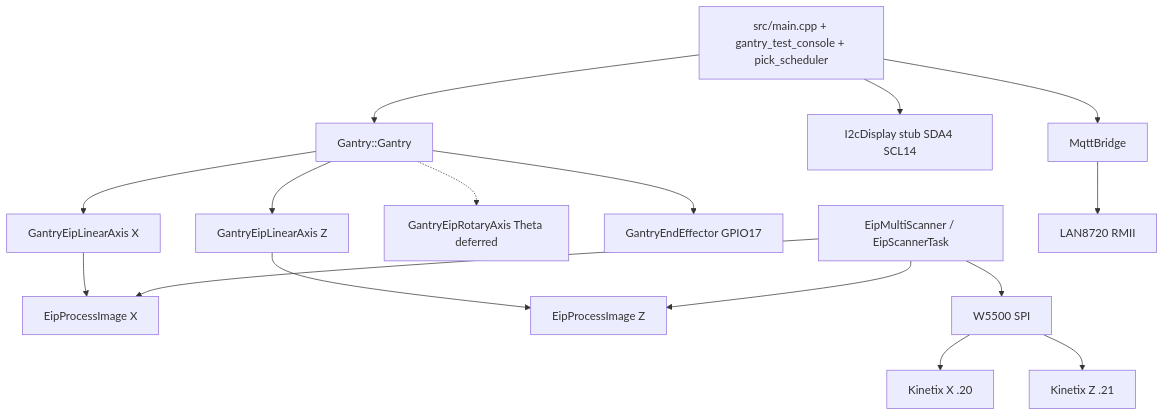
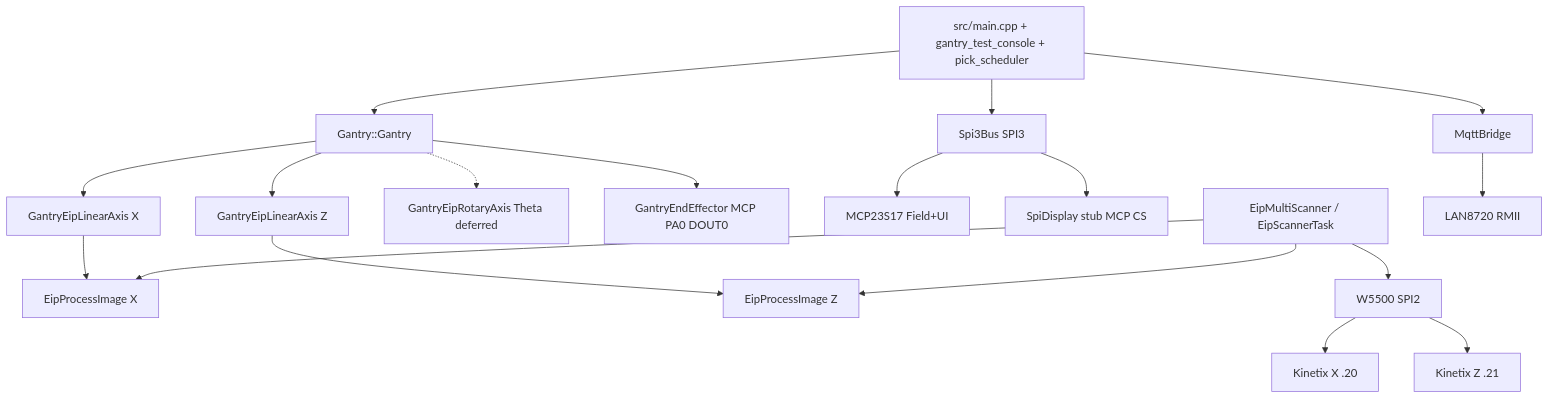
One commit to Mynderse-Research-Lab/wt32-eth01-FreeRTOS changed the first of 2 diagrams in docs/LOW_LEVEL_GANTRY_CONTROL.md. Above: the diagram before and after it, drawn with Mermaid. The commit also changed other lines of this file and 12 other files, not shown here.

````diff
--- a/docs/LOW_LEVEL_GANTRY_CONTROL.md
+++ b/docs/LOW_LEVEL_GANTRY_CONTROL.md
@@ -20,34 +21,38 @@
 ```mermaid
 flowchart TD
   App["src/main.cpp + gantry_test_console + pick_scheduler"]
   G["Gantry::Gantry"]
   X["GantryEipLinearAxis X"]
   Z["GantryEipLinearAxis Z"]
   T["GantryEipRotaryAxis Theta deferred"]
-  EE["GantryEndEffector GPIO17"]
-  Disp["I2cDisplay stub SDA4 SCL14"]
+  EE["GantryEndEffector MCP PA0 DOUT0"]
+  Spi3["Spi3Bus SPI3"]
+  Mcp["MCP23S17 Field+UI"]
+  Disp["SpiDisplay stub MCP CS"]
   ImgX["EipProcessImage X"]
   ImgZ["EipProcessImage Z"]
   Scan["EipMultiScanner / EipScannerTask"]
-  W["W5500 SPI"]
+  W["W5500 SPI2"]
   DX["Kinetix X .20"]
   DZ["Kinetix Z .21"]
   Mqtt["MqttBridge"]
   Lan["LAN8720 RMII"]
 
   App --> G
   App --> Mqtt
-  App --> Disp
+  App --> Spi3
+  Spi3 --> Mcp
+  Spi3 --> Disp
   G --> X
   G --> Z
   G -.-> T
   G --> EE
   X --> ImgX
   Z --> ImgZ
   Scan --> ImgX
   Scan --> ImgZ
   Scan --> W
   W --> DX
   W --> DZ
   Mqtt --> Lan
 ```
````
